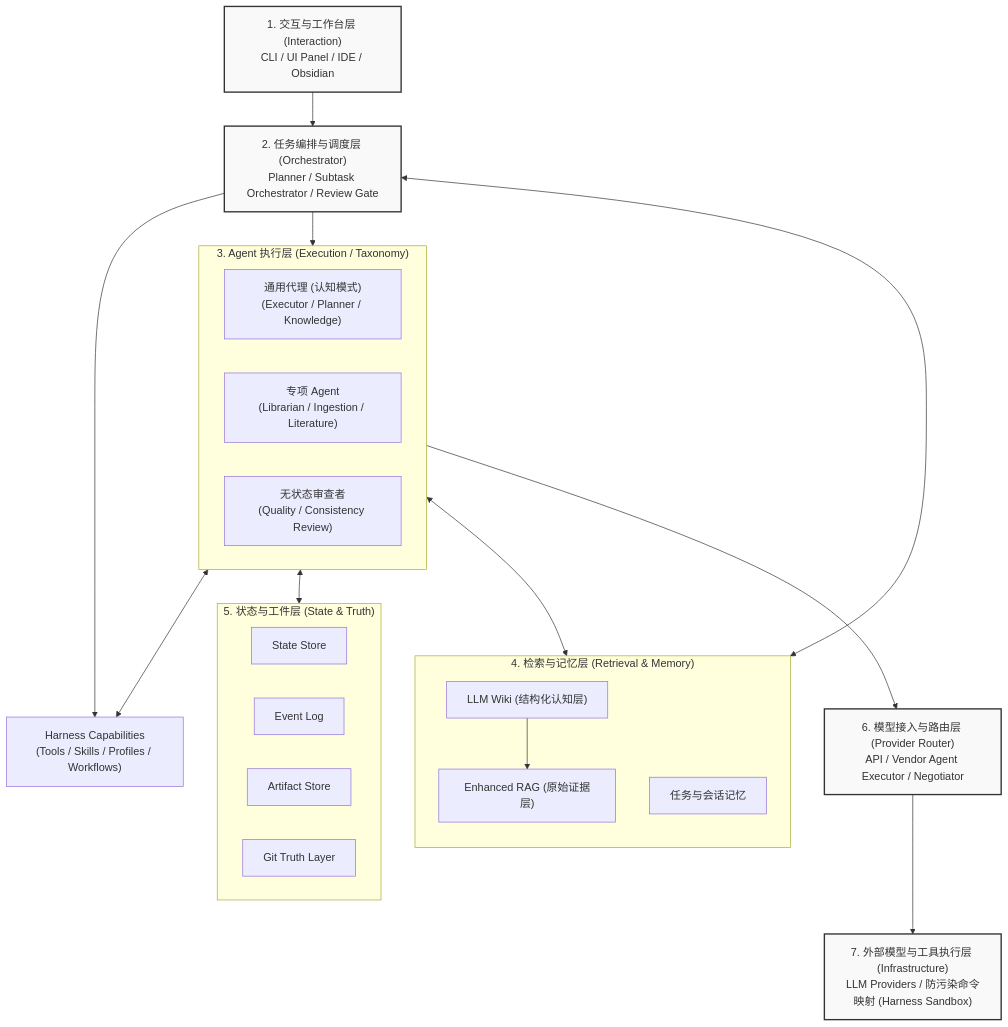
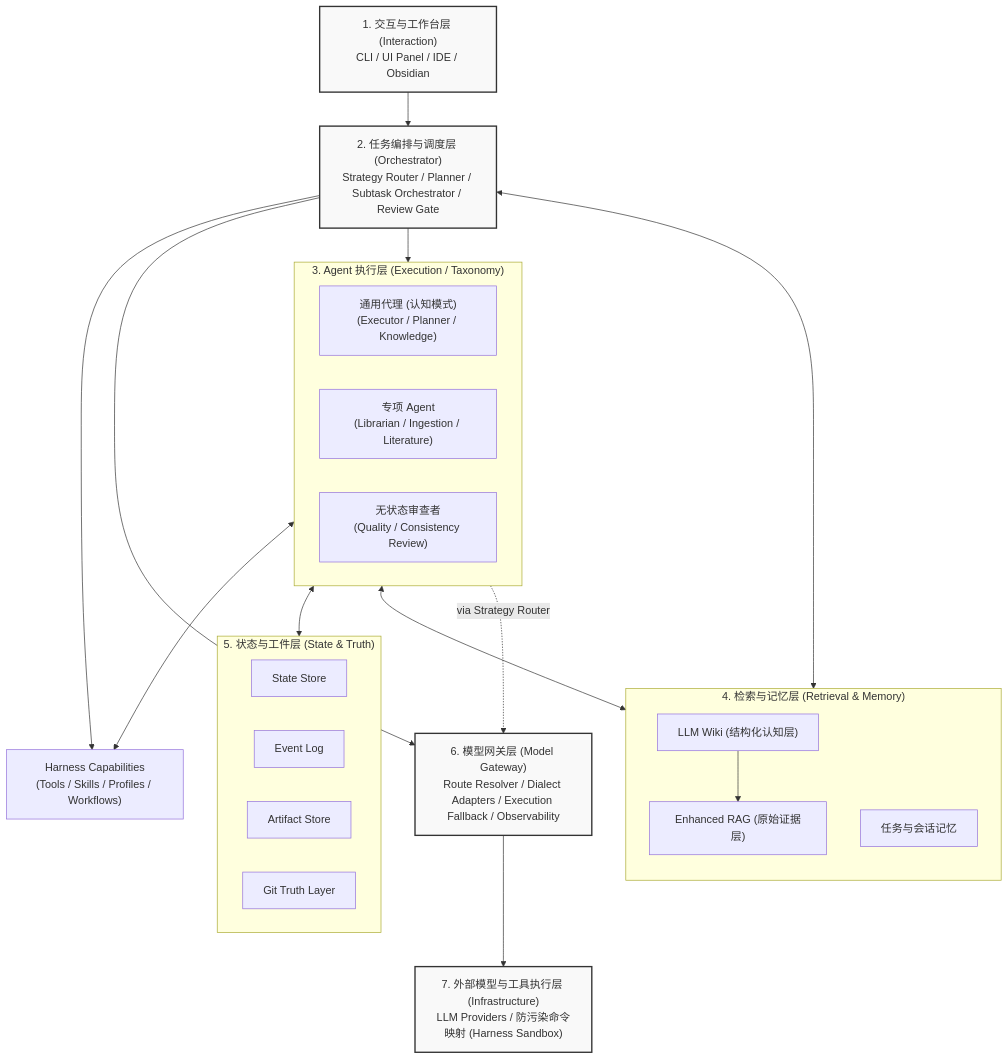
The diagram in ARCHITECTURE.md (RocioGinsberg/swallow), drawn with Mermaid before and after one commit. The commit also changed other lines of this file and 6 other files, not shown here.

````diff
--- a/ARCHITECTURE.md
+++ b/ARCHITECTURE.md
@@ -25,56 +25,57 @@
 ```mermaid
 graph TD
     %% 交互层
     UI["1. 交互与工作台层 (Interaction)<br/>CLI / UI Panel / IDE / Obsidian"]
 
     %% 编排层
-    Orch["2. 任务编排与调度层 (Orchestrator)<br/>Planner / Subtask Orchestrator / Review Gate"]
+    Orch["2. 任务编排与调度层 (Orchestrator)<br/>Strategy Router / Planner / Subtask Orchestrator / Review Gate"]
 
     %% Agent层
     subgraph AgentLayer ["3. Agent 执行层 (Execution / Taxonomy)"]
         direction LR
         General["通用代理 (认知模式)<br/>(Executor / Planner / Knowledge)"]
         Specialist["专项 Agent<br/>(Librarian / Ingestion / Literature)"]
         Validator["无状态审查者<br/>(Quality / Consistency Review)"]
     end
 
     %% 检索与记忆层
     subgraph MemoryLayer ["4. 检索与记忆层 (Retrieval & Memory)"]
         direction TB
         Wiki["LLM Wiki (结构化认知层)"]
         RAG["Enhanced RAG (原始证据层)"]
         TaskMemory["任务与会话记忆"]
         Wiki --> RAG
     end
 
     %% 状态与工件层
     subgraph TruthLayer ["5. 状态与工件层 (State & Truth)"]
         direction LR
         State["State Store"]
         Event["Event Log"]
         Artifact["Artifact Store"]
         Git["Git Truth Layer"]
     end
 
-    %% 路由层
-    Router["6. 模型接入与路由层 (Provider Router)<br/>API / Vendor Agent Executor / Negotiator"]
+    %% 网关层
+    Gateway["6. 模型网关层 (Model Gateway)<br/>Route Resolver / Dialect Adapters / Execution Fallback / Observability"]
 
     %% 供应层
     Supply["7. 外部模型与工具执行层 (Infrastructure)<br/>LLM Providers / 防污染命令映射 (Harness Sandbox)"]
 
     %% 核心扩展层
     Harness["Harness Capabilities<br/>(Tools / Skills / Profiles / Workflows)"]
 
     UI --> Orch
     Orch --> AgentLayer
     Orch <--> MemoryLayer
     Orch --> Harness
     AgentLayer <--> Harness
     AgentLayer <--> TruthLayer
     AgentLayer <--> MemoryLayer
-    AgentLayer --> Router
-    Router --> Supply
+    Orch --> Gateway
+    AgentLayer -.->|via Strategy Router| Gateway
+    Gateway --> Supply
 
     classDef core fill:#f9f9f9,stroke:#333,stroke-width:2px;
-    class UI,Orch,Router,Supply core;
+    class UI,Orch,Gateway,Supply core;
 ```
````
